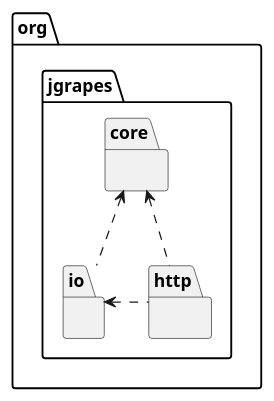
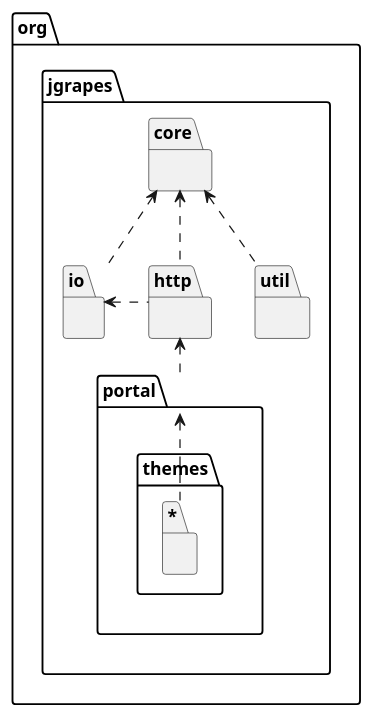
Before and after one commit to mnlipp/jgrapes: the diagram in overview.md, drawn with PlantUML. The commit also changed other lines of this file, not shown here.

```diff
--- a/overview.md
+++ b/overview.md
@@ -17,19 +33,32 @@
 @startuml package-hierarchy.svg
 skinparam svgLinkTarget _parent
 
 package org.jgrapes {
     package org.jgrapes.core [[org/jgrapes/core/package-summary.html#package.description]] {
     }
 
+    package org.jgrapes.util [[org/jgrapes/util/package-summary.html#package.description]] {
+    }
+
     package org.jgrapes.io [[org/jgrapes/io/package-summary.html#package.description]] {
     }
 
     package org.jgrapes.http [[org/jgrapes/http/package-summary.html#package.description]] {
     }
+
+    package org.jgrapes.portal [[org/jgrapes/portal/package-summary.html#package.description]] {
+    }
+
+    package "org.jgrapes.portal.themes.*" {
+    }
 }
 
 org.jgrapes.core <.. org.jgrapes.io
+org.jgrapes.core <.. org.jgrapes.util
 org.jgrapes.core <.. org.jgrapes.http
 org.jgrapes.io <.right. org.jgrapes.http
+org.jgrapes.http <.. org.jgrapes.portal
+org.jgrapes.portal <.. "org.jgrapes.portal.themes.*"
+
 
 @enduml
```
